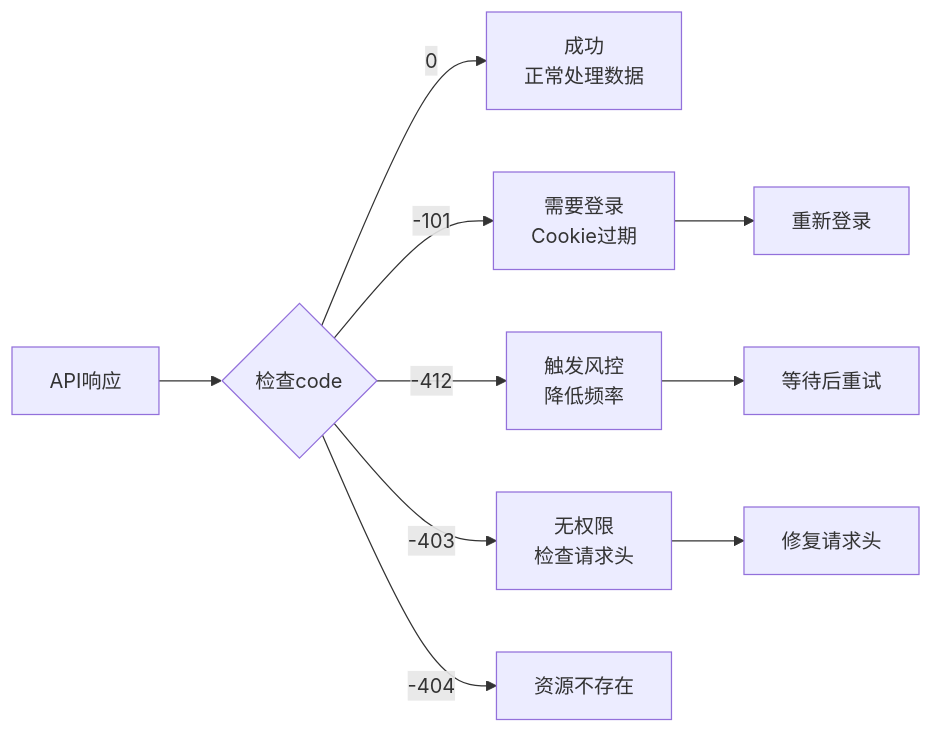
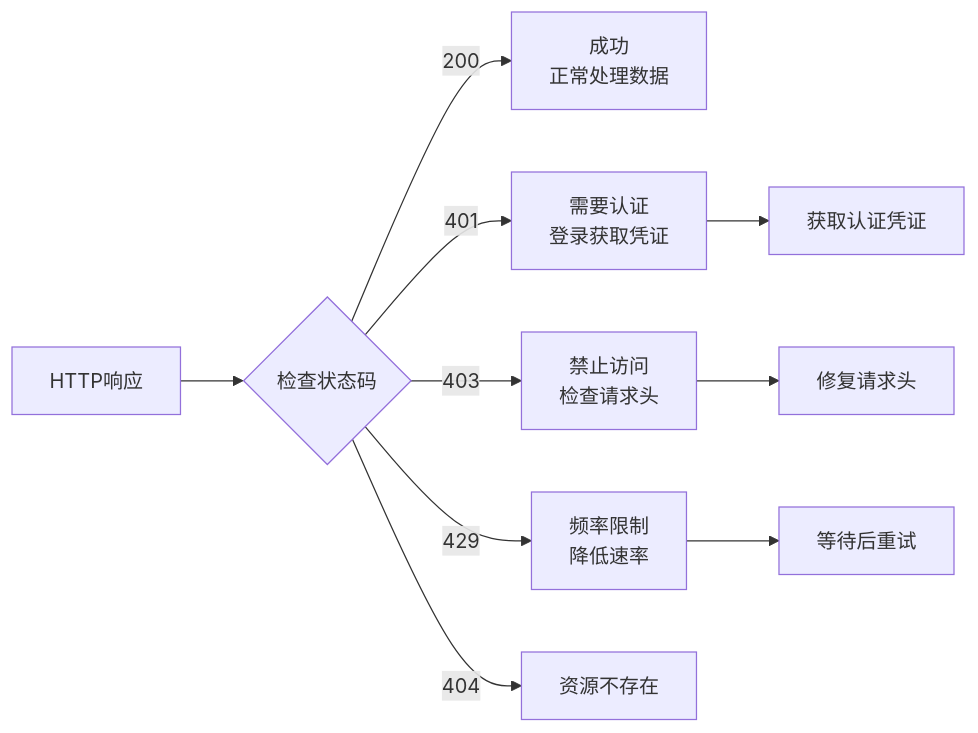
The third of 3 diagrams in docs/爬虫进价/02_反爬虫对抗基础_请求伪装.md (NanmiCoder/CrawlerTutorial), drawn with Mermaid before and after one commit. The commit also changed other lines of this file and 15 other files, not shown here.

````diff
--- a/docs/爬虫进价/02_反爬虫对抗基础_请求伪装.md
+++ b/docs/爬虫进价/02_反爬虫对抗基础_请求伪装.md
@@ -780,14 +763,14 @@
 ```mermaid
 flowchart LR
-    response[API响应] --> check{检查code}
+    response[HTTP响应] --> check{检查状态码}
 
-    check -->|0| success[成功<br/>正常处理数据]
-    check -->|-101| login[需要登录<br/>Cookie过期]
-    check -->|-412| risk[触发风控<br/>降低频率]
-    check -->|-403| forbidden[无权限<br/>检查请求头]
-    check -->|-404| notfound[资源不存在]
+    check -->|200| success[成功<br/>正常处理数据]
+    check -->|401| login[需要认证<br/>登录获取凭证]
+    check -->|403| forbidden[禁止访问<br/>检查请求头]
+    check -->|429| ratelimit[频率限制<br/>降低速率]
+    check -->|404| notfound[资源不存在]
 
-    login --> relogin[重新登录]
-    risk --> wait[等待后重试]
+    login --> relogin[获取认证凭证]
+    ratelimit --> wait[等待后重试]
     forbidden --> fixheaders[修复请求头]
 ```
````
